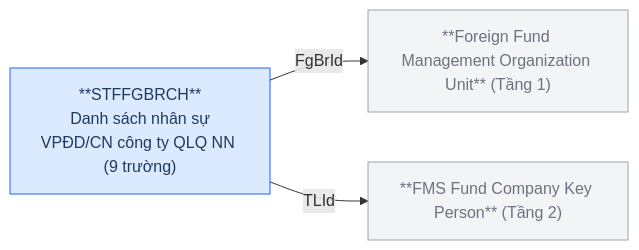
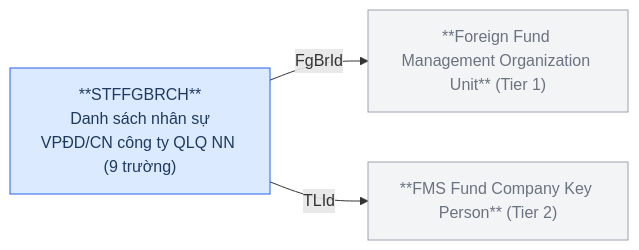
One commit to linhlvit/ubck_atomic_design changed the fifth of 12 diagrams in Silver/hld/FMS_HLD_Tier3.md. Above: the diagram before and after it, drawn with Mermaid. The commit also changed other lines of this file and 111 other files, not shown here.

````diff
--- a/Silver/hld/FMS_HLD_Tier3.md
+++ b/Silver/hld/FMS_HLD_Tier3.md
@@ -140,12 +134,12 @@
 ```mermaid
 graph LR
     classDef src fill:#dbeafe,stroke:#2563eb,color:#1e3a5f
     classDef ref fill:#f3f4f6,stroke:#9ca3af,color:#6b7280
 
-    FORBRCH["**Foreign Fund Management Organization Unit** (Tầng 1)"]:::ref
-    TLP["**FMS Fund Company Key Person** (Tầng 2)"]:::ref
+    FORBRCH["**Foreign Fund Management Organization Unit** (Tier 1)"]:::ref
+    TLP["**FMS Fund Company Key Person** (Tier 2)"]:::ref
     STFFGBRCH["**STFFGBRCH**\nDanh sách nhân sự\nVPĐD/CN công ty QLQ NN (9 trường)"]:::src
 
     STFFGBRCH -->|FgBrId| FORBRCH
     STFFGBRCH -->|TLId| TLP
 ```
````
